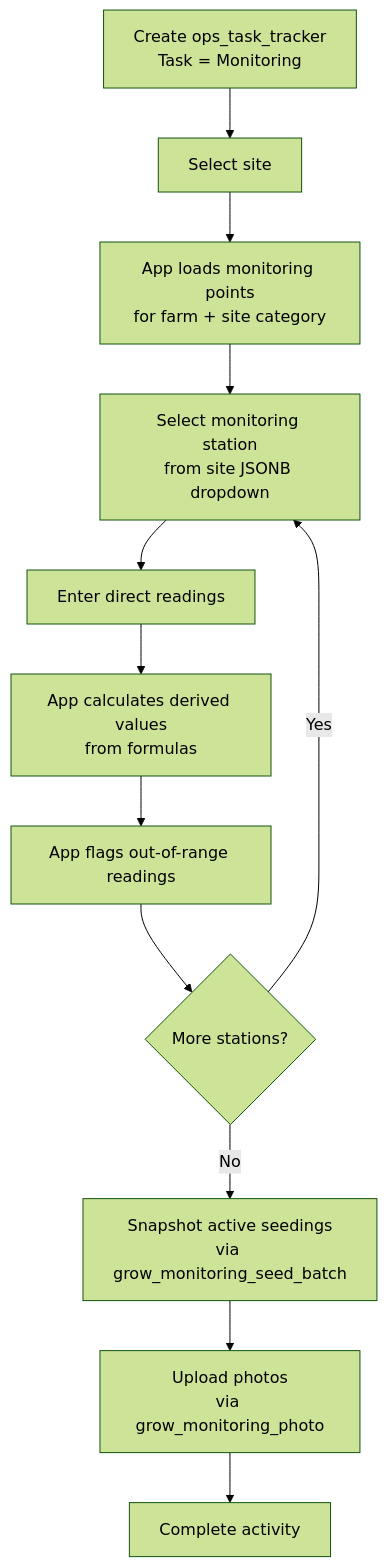
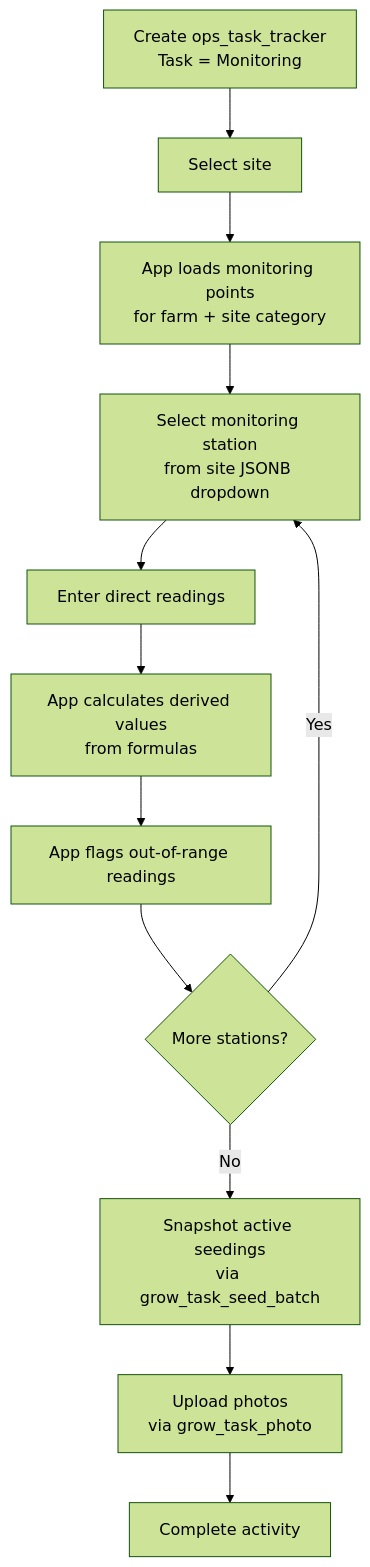
The diagram in docs/processes/20260324_08_grow_monitoring_workflow.md (Hawaii-Farming/aloha-app), drawn with Mermaid (forest theme) before and after one commit. The commit also changed other lines of this file and 16 other files, not shown here.

````diff
--- a/docs/processes/20260324_08_grow_monitoring_workflow.md
+++ b/docs/processes/20260324_08_grow_monitoring_workflow.md
@@ -108,14 +108,14 @@
 ```mermaid
 flowchart TD
     A[Create ops_task_tracker\nTask = Monitoring] --> B[Select site]
     B --> C[App loads monitoring points\nfor farm + site category]
     C --> D[Select monitoring station\nfrom site JSONB dropdown]
     D --> E[Enter direct readings]
     E --> F[App calculates derived values\nfrom formulas]
     F --> G[App flags out-of-range readings]
     G --> H{More stations?}
     H -->|Yes| D
-    H -->|No| I[Snapshot active seedings\nvia grow_monitoring_seed_batch]
-    I --> J[Upload photos\nvia grow_monitoring_photo]
+    H -->|No| I[Snapshot active seedings\nvia grow_task_seed_batch]
+    I --> J[Upload photos\nvia grow_task_photo]
     J --> K[Complete activity]
 ```
````
